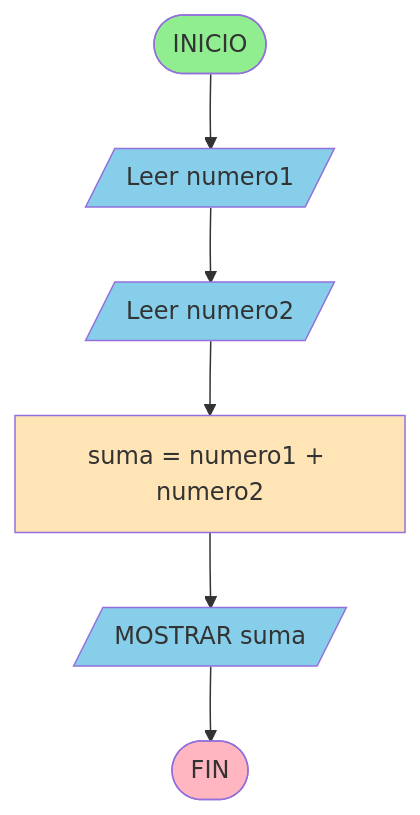
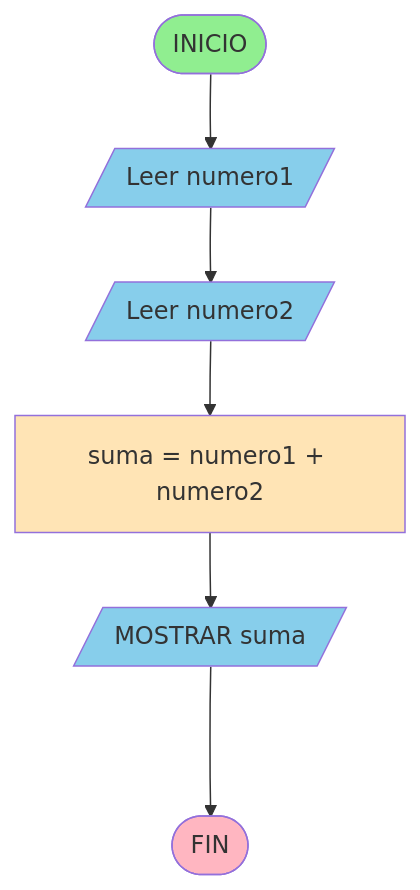
One commit to INGCOM-UNRN/apunte-ingreso changed the first of 5 diagrams in 00_primeros_pasos.md. Above: the diagram before and after it, drawn with Mermaid. The commit also changed other lines of this file and 2 other files, not shown here.

Commit message:
Reorganización y ajustes en los diagramas de flujo

````diff
--- a/00_primeros_pasos.md
+++ b/00_primeros_pasos.md
@@ -275,22 +275,22 @@
 ```{mermaid}
 flowchart TD
     Start([INICIO])
     Input1[/Leer numero1/]
     Input2[/Leer numero2/]
     Process[suma = numero1 + numero2]
     Output[/MOSTRAR suma/]
     End([FIN])
     
     Start --> Input1
     Input1 --> Input2
     Input2 --> Process
     Process --> Output
-    Output --> End
+    Output ---> End
     
     style Start fill:#90EE90
     style End fill:#FFB6C1
     style Input1 fill:#87CEEB
     style Input2 fill:#87CEEB
     style Output fill:#87CEEB
     style Process fill:#FFE4B5
 ```
````
